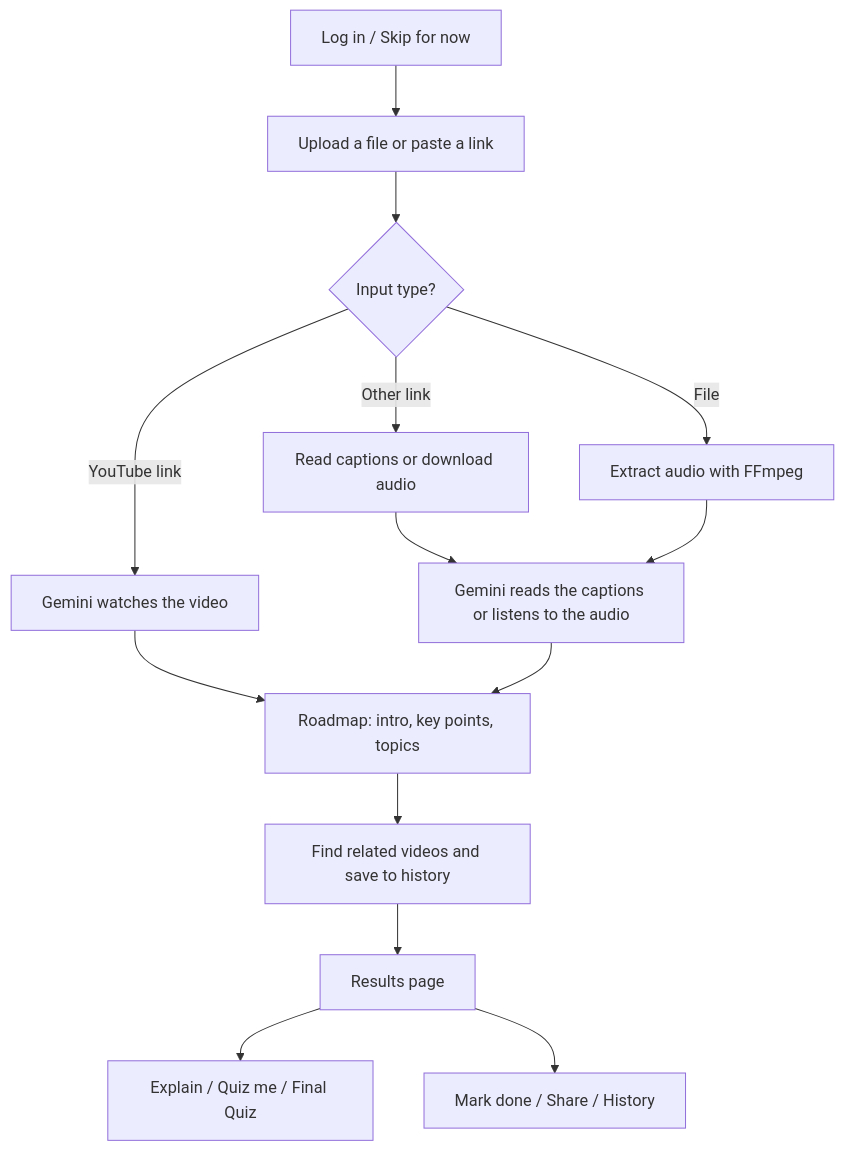
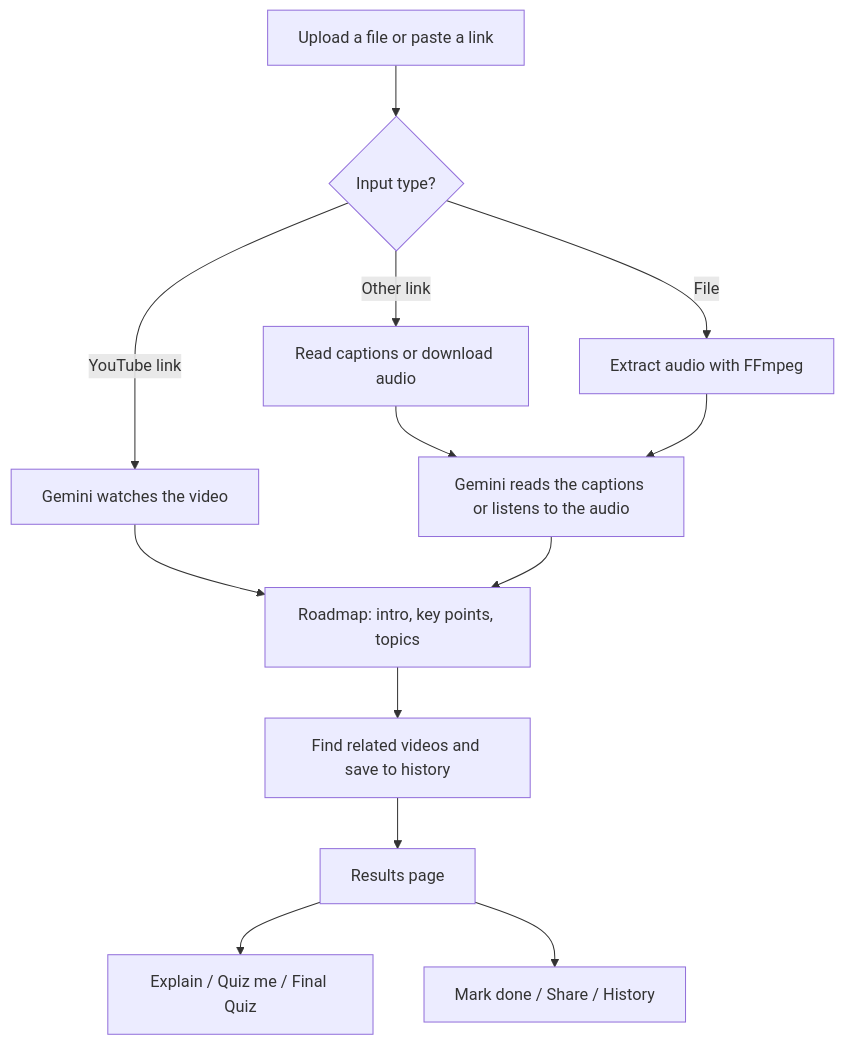
One commit to Keerthi292/AI-Video-Knowledge-Extractor changed the first of 3 diagrams in README.md. Above: the diagram before and after it, drawn with Mermaid.

Commit message:
fix: correct flowchart sequence in README for clarity in user input process

````diff
--- a/README.md
+++ b/README.md
@@ -7,16 +7,15 @@
 ```mermaid
 flowchart TD
-    A[Log in / Skip for now] --> B[Upload a file or paste a link]
-    B --> C{Input type?}
+    B[Upload a file or paste a link] --> C{Input type?}
     C -- YouTube link --> D[Gemini watches the video]
     C -- Other link --> E[Read captions or download audio]
     C -- File --> F[Extract audio with FFmpeg]
     E --> G[Gemini reads the captions or listens to the audio]
     F --> G
     D --> H[Roadmap: intro, key points, topics]
     G --> H
     H --> I[Find related videos and save to history]
     I --> J[Results page]
     J --> K[Explain / Quiz me / Final Quiz]
     J --> L[Mark done / Share / History]
 ```
````
